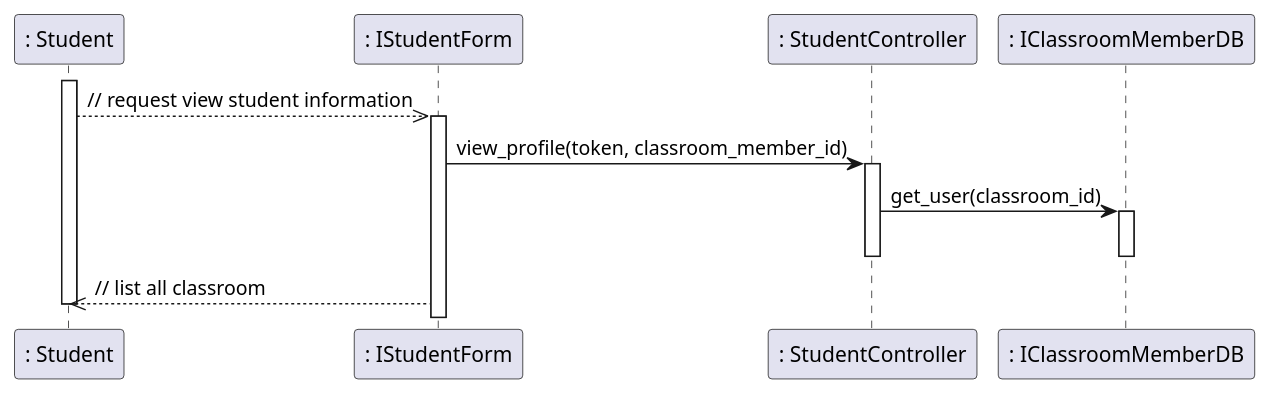
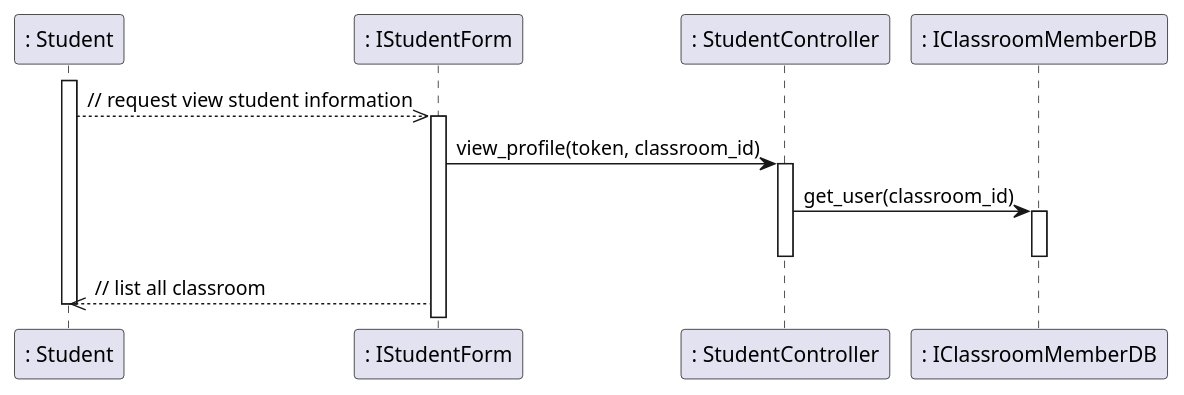
The diagram in sequence - design/student/viewStudent.plantuml (anonyhostvn/OOAD-Diagram), drawn with PlantUML before and after one commit. The commit also changed 9 other files, not shown here.

```diff
--- a/sequence - design/student/viewStudent.plantuml
+++ b/sequence - design/student/viewStudent.plantuml
@@ -1,14 +1,14 @@
 @startuml viewStudent
 activate ": Student"
 ": Student" -->> ": IStudentForm": // request view student information
 activate ": IStudentForm"
-": IStudentForm" -> ": StudentController": view_profile(token, classroom_member_id)
+": IStudentForm" -> ": StudentController": view_profile(token, classroom_id)
 activate ": StudentController"
 ": StudentController" -> ": IClassroomMemberDB": get_user(classroom_id)
 activate ": IClassroomMemberDB"
 deactivate ": IClassroomMemberDB"
 deactivate ": StudentController"
 ": IStudentForm" -->> ": Student": // list all classroom
 deactivate ": Student"
 
 @enduml
```
